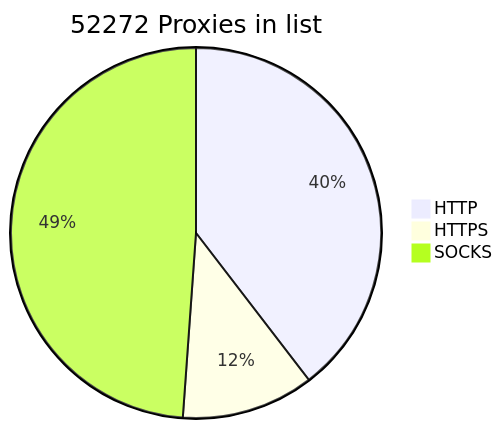
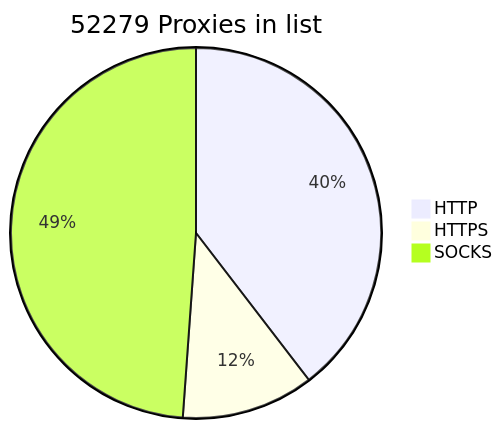
Before and after one commit to BlackSnowDot/proxylist-update-every-minute: the diagram in README.md, drawn with Mermaid.

````diff
--- a/README.md
+++ b/README.md
@@ -2,6 +2,6 @@
 ```mermaid
-pie title 52272 Proxies in list
-    "HTTP" : 23037
-    "HTTPS": 6731
-    "SOCKS" : 28446
+pie title 52279 Proxies in list
+    "HTTP" : 23041
+    "HTTPS": 6733
+    "SOCKS" : 28448
 ```
````
